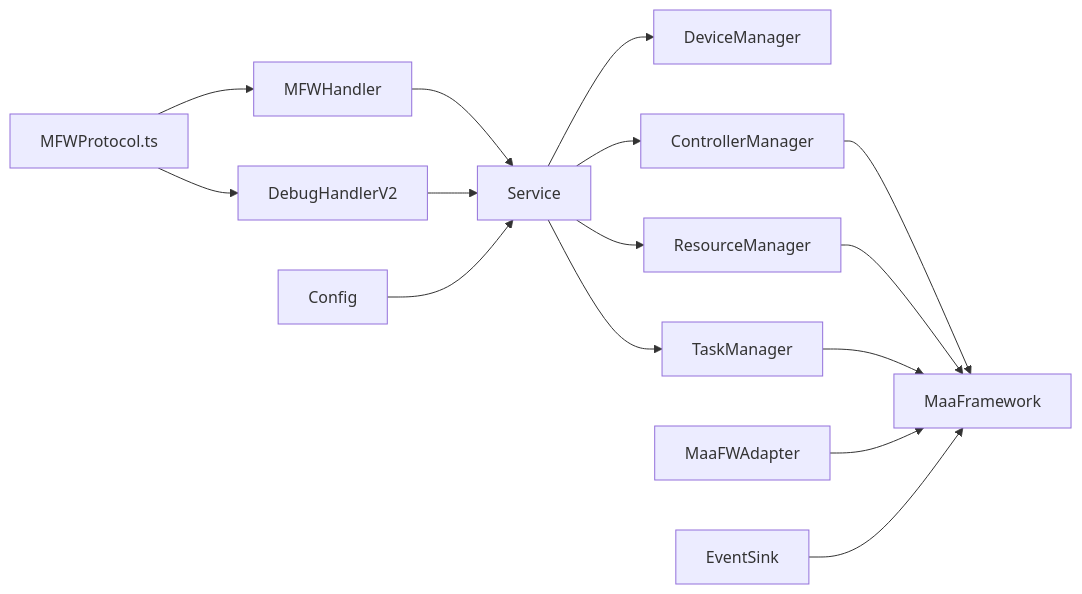
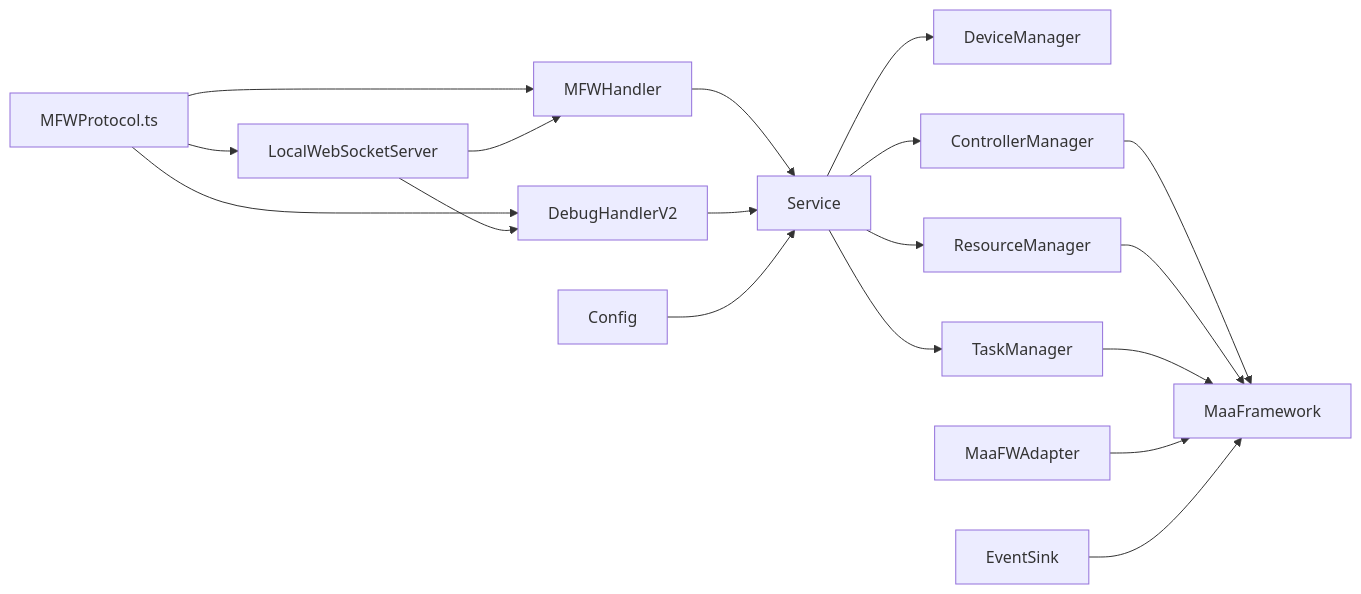
One commit to kqcoxn/MaaPipelineEditor changed diagram 11 of 11 in .qoder/repowiki/zh/content/核心概念/通信协议/MFW协议.md. Above: the diagram before and after it, drawn with Mermaid. The commit also changed other lines of this file and 8 other files, not shown here.

````diff
--- a/.qoder/repowiki/zh/content/核心概念/通信协议/MFW协议.md
+++ b/.qoder/repowiki/zh/content/核心概念/通信协议/MFW协议.md
@@ -439,17 +523,20 @@
 ```mermaid
 graph LR
-FE["MFWProtocol.ts"] --> PH["MFWHandler"]
+FE["MFWProtocol.ts"] --> WS["LocalWebSocketServer"]
+FE --> PH["MFWHandler"]
 FE --> DHV2["DebugHandlerV2"]
+WS --> PH
+WS --> DHV2
 PH --> Svc["Service"]
 DHV2 --> Svc
 Svc --> DM["DeviceManager"]
 Svc --> CM["ControllerManager"]
 Svc --> RM["ResourceManager"]
 Svc --> TM["TaskManager"]
 CM --> FW["MaaFramework"]
 RM --> FW
 TM --> FW
 AD["MaaFWAdapter"] --> FW
 ES["EventSink"] --> FW
 CFG["Config"] --> Svc
 ```
````
